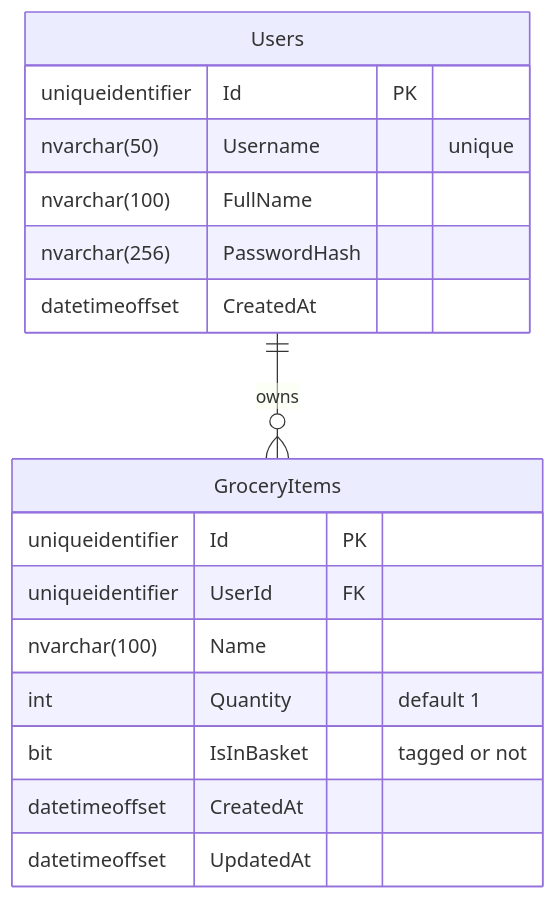
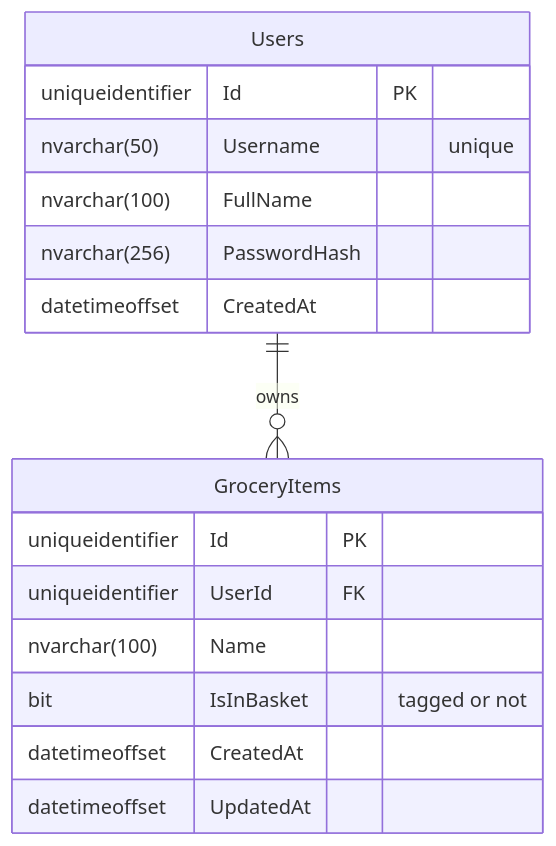
Before and after one commit to vaariasa/2Share-grocery-list: the second of 7 diagrams in docs/architecture.md, drawn with Mermaid. The commit also changed other lines of this file and 10 other files, not shown here.

````diff
--- a/docs/architecture.md
+++ b/docs/architecture.md
@@ -59,22 +59,21 @@
 ```mermaid
 erDiagram
     Users ||--o{ GroceryItems : "owns"
 
     Users {
         uniqueidentifier Id PK
         nvarchar(50) Username "unique"
         nvarchar(100) FullName
         nvarchar(256) PasswordHash
         datetimeoffset CreatedAt
     }
 
     GroceryItems {
         uniqueidentifier Id PK
         uniqueidentifier UserId FK
         nvarchar(100) Name
-        int Quantity "default 1"
         bit IsInBasket "tagged or not"
         datetimeoffset CreatedAt
         datetimeoffset UpdatedAt
     }
 ```
````
